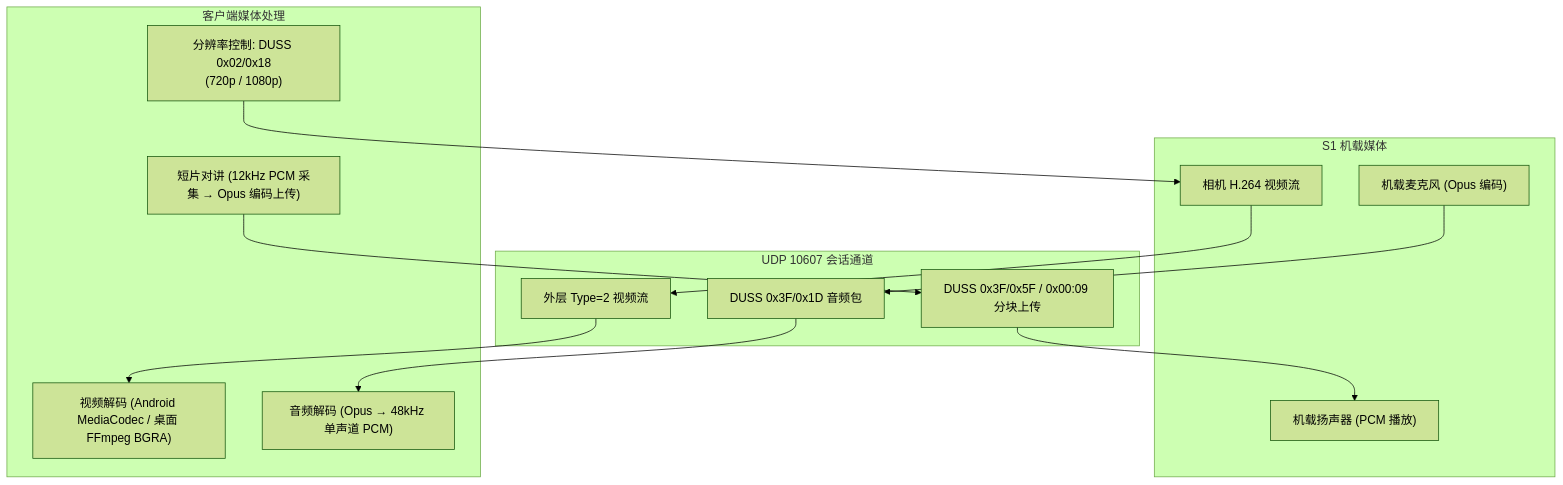
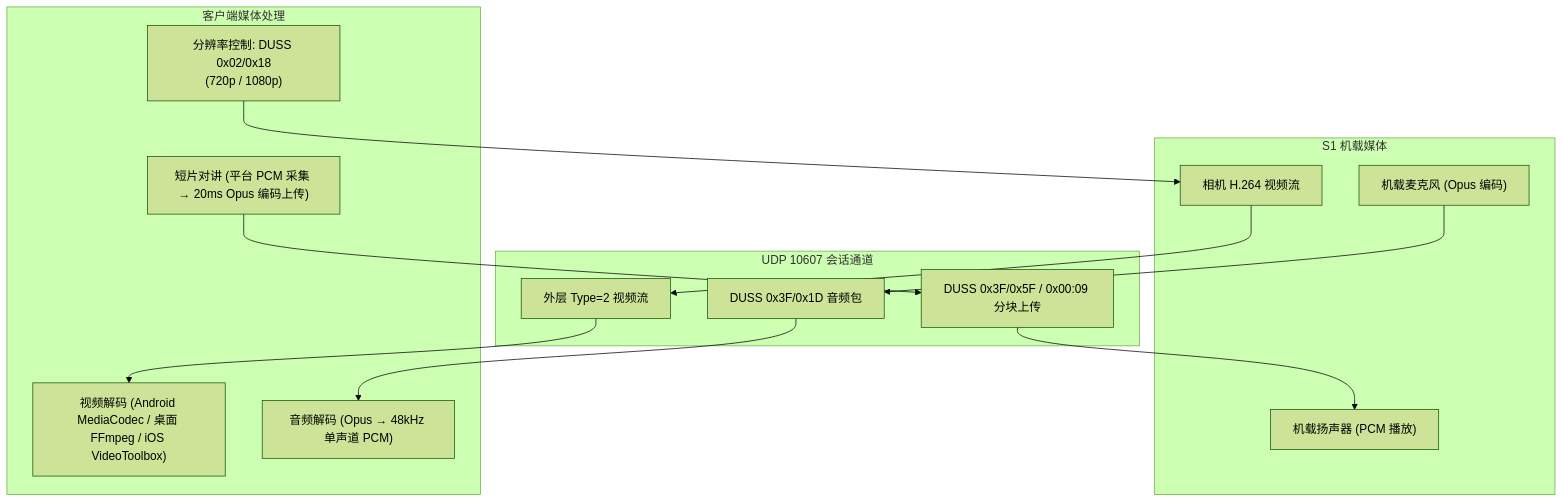
Before and after one commit to elonzh/hanppie: the fifth of 9 diagrams in docs/architecture.md, drawn with Mermaid (forest theme). The commit also changed other lines of this file and 98 other files, not shown here.

````diff
--- a/docs/architecture.md
+++ b/docs/architecture.md
@@ -294,26 +298,26 @@
 ```mermaid
 flowchart TD
     subgraph ROBOT_MEDIA["S1 机载媒体"]
         CAM["相机 H.264 视频流"]
         MIC["机载麦克风 (Opus 编码)"]
         SPK["机载扬声器 (PCM 播放)"]
     end
 
     subgraph TRANSPORT["UDP 10607 会话通道"]
         V_NET["外层 Type=2 视频流"]
         A_NET["DUSS 0x3F/0x1D 音频包"]
         SPK_NET["DUSS 0x3F/0x5F / 0x00:09 分块上传"]
     end
 
     subgraph CLIENT_PIPELINE["客户端媒体处理"]
         RES_CTRL["分辨率控制: DUSS 0x02/0x18<br/>(720p / 1080p)"]
-        V_DEC["视频解码 (Android MediaCodec / 桌面 FFmpeg BGRA)"]
+        V_DEC["视频解码 (Android MediaCodec / 桌面 FFmpeg / iOS VideoToolbox)"]
         A_DEC["音频解码 (Opus → 48kHz 单声道 PCM)"]
-        PTT["短片对讲 (12kHz PCM 采集 → Opus 编码上传)"]
+        PTT["短片对讲 (平台 PCM 采集 → 20ms Opus 编码上传)"]
     end
 
     CAM --> V_NET --> V_DEC
     MIC --> A_NET --> A_DEC
     RES_CTRL --> CAM
     PTT --> SPK_NET --> SPK
 ```
````
